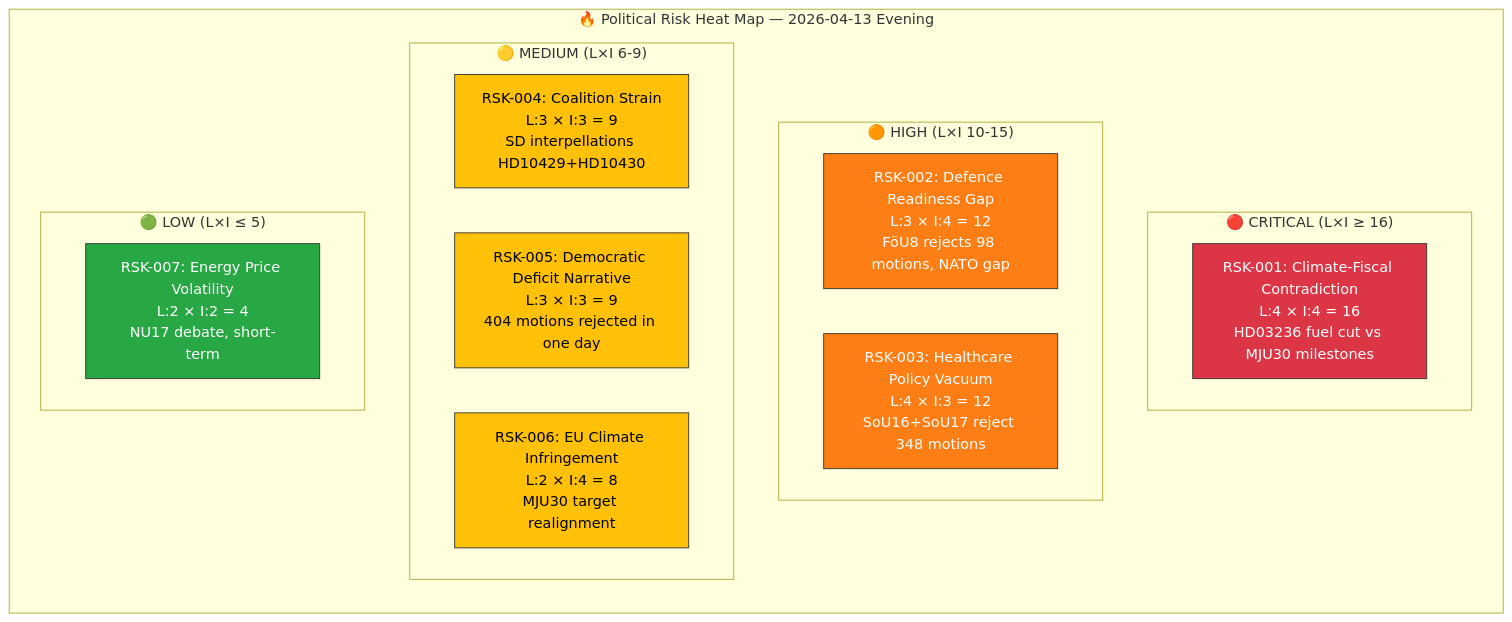
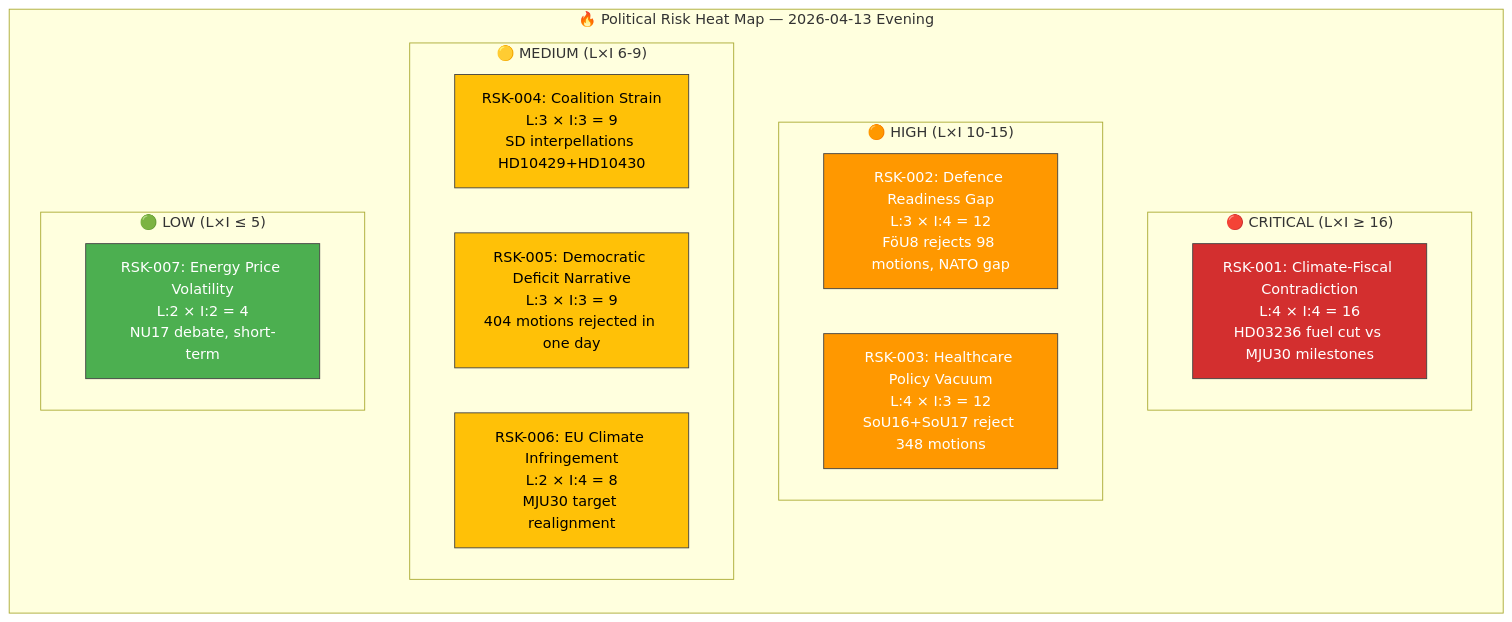
Before and after one commit to Hack23/riksdagsmonitor: the diagram in analysis/daily/2026-04-13/evening-analysis-2/risk-assessment.md, drawn with Mermaid. The commit also changed 785 other files, not shown here.

First line of the commit message:
Normalize mermaid colors across 786 analysis artifacts to ISMS Style Guide palette

````diff
--- a/analysis/daily/2026-04-13/evening-analysis-2/risk-assessment.md
+++ b/analysis/daily/2026-04-13/evening-analysis-2/risk-assessment.md
@@ -16,28 +16,28 @@
 ```mermaid
 graph TD
     subgraph "🔥 Political Risk Heat Map — 2026-04-13 Evening"
         direction TB
         subgraph CRIT["🔴 CRITICAL (L×I ≥ 16)"]
             RSK1["RSK-001: Climate-Fiscal Contradiction<br/>L:4 × I:4 = 16<br/>HD03236 fuel cut vs MJU30 milestones"]
         end
         subgraph HIGH["🟠 HIGH (L×I 10-15)"]
             RSK2["RSK-002: Defence Readiness Gap<br/>L:3 × I:4 = 12<br/>FöU8 rejects 98 motions, NATO gap"]
             RSK3["RSK-003: Healthcare Policy Vacuum<br/>L:4 × I:3 = 12<br/>SoU16+SoU17 reject 348 motions"]
         end
         subgraph MED["🟡 MEDIUM (L×I 6-9)"]
             RSK4["RSK-004: Coalition Strain<br/>L:3 × I:3 = 9<br/>SD interpellations HD10429+HD10430"]
             RSK5["RSK-005: Democratic Deficit Narrative<br/>L:3 × I:3 = 9<br/>404 motions rejected in one day"]
             RSK6["RSK-006: EU Climate Infringement<br/>L:2 × I:4 = 8<br/>MJU30 target realignment"]
         end
         subgraph LOW["🟢 LOW (L×I ≤ 5)"]
             RSK7["RSK-007: Energy Price Volatility<br/>L:2 × I:2 = 4<br/>NU17 debate, short-term"]
         end
     end
-    style RSK1 fill:#dc3545,stroke:#333,color:#fff
-    style RSK2 fill:#fd7e14,stroke:#333,color:#fff
-    style RSK3 fill:#fd7e14,stroke:#333,color:#fff
-    style RSK4 fill:#ffc107,stroke:#333,color:#000
-    style RSK5 fill:#ffc107,stroke:#333,color:#000
-    style RSK6 fill:#ffc107,stroke:#333,color:#000
-    style RSK7 fill:#28a745,stroke:#333,color:#fff
+    style RSK1 fill:#D32F2F,stroke:#424242,color:#FFFFFF
+    style RSK2 fill:#FF9800,stroke:#424242,color:#FFFFFF
+    style RSK3 fill:#FF9800,stroke:#424242,color:#FFFFFF
+    style RSK4 fill:#FFC107,stroke:#424242,color:#000000
+    style RSK5 fill:#FFC107,stroke:#424242,color:#000000
+    style RSK6 fill:#FFC107,stroke:#424242,color:#000000
+    style RSK7 fill:#4CAF50,stroke:#424242,color:#FFFFFF
 ```
````
